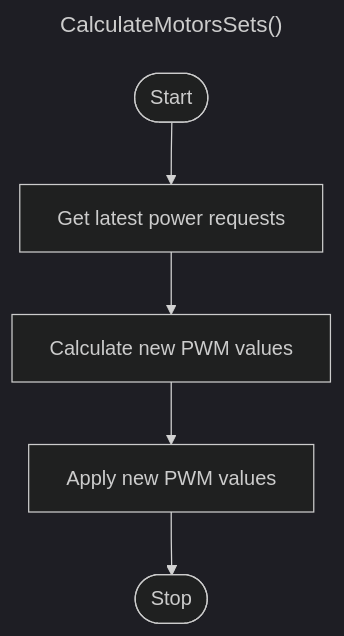
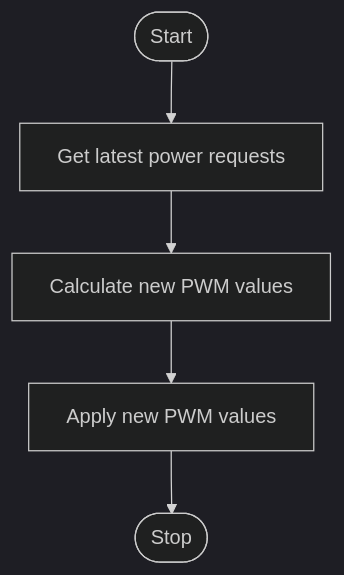
The first of 2 diagrams in docs/motor_control.md (inpgbburda/FlyMatic), drawn with Mermaid (dark theme) before and after one commit. The commit also changed other lines of this file and 1 other file, not shown here.

Commit message:
Add automatic chanigng of diagrams coloring

````diff
--- a/docs/motor_control.md
+++ b/docs/motor_control.md
@@ -30,10 +31,7 @@
-```mermaid
-    ---
-    title: CalculateMotorsSets()
-    ---
-    flowchart TD
-        Start(["Start"]) --> A["Get latest power requests"]
-        A --> B["Calculate new PWM values"]
-        B --> C["Apply new PWM values"]
-        C --> Stop(["Stop"])
+``` mermaid
+flowchart TD
+    Start(["Start"]) --> A["Get latest power requests"]
+    A --> B["Calculate new PWM values"]
+    B --> C["Apply new PWM values"]
+    C --> Stop(["Stop"])
 ```
````
